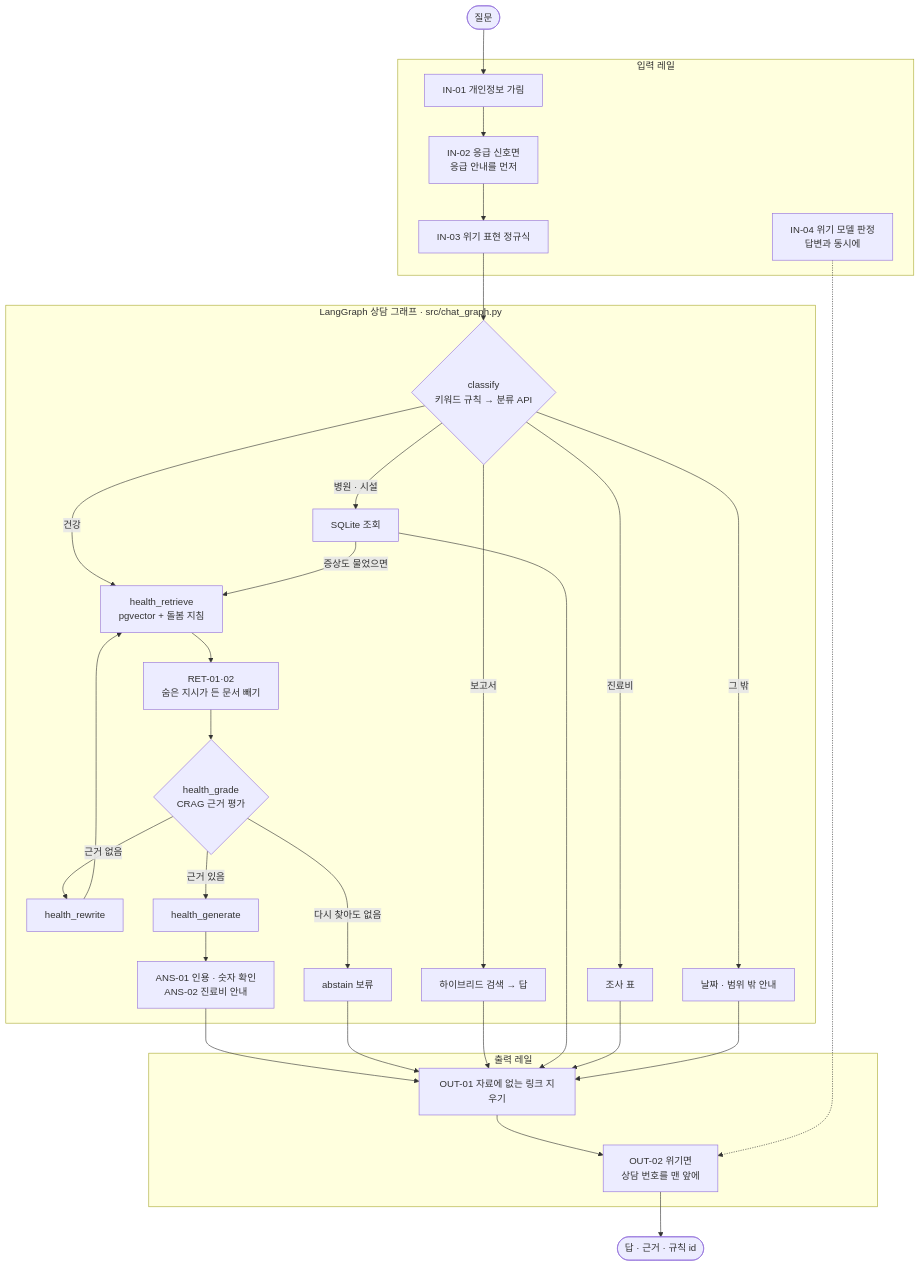
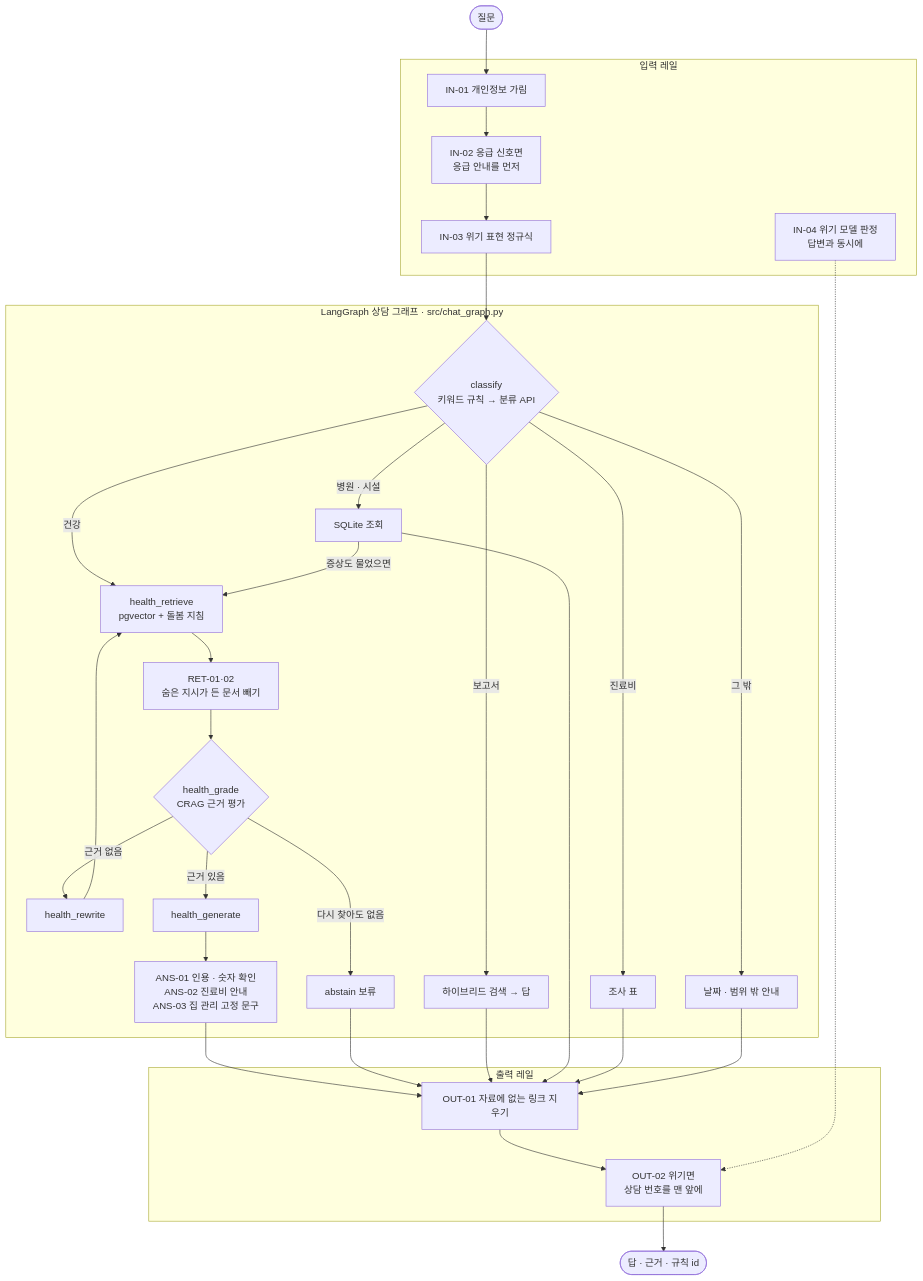
The second of 2 diagrams in README.md (rndigkwk/dograg), drawn with Mermaid before and after one commit. The commit also changed 6 other files, not shown here.

````diff
--- a/README.md
+++ b/README.md
@@ -86,37 +86,37 @@
 ```mermaid
 flowchart TB
   Q(["질문"]) --> IN1
   subgraph IN["입력 레일"]
     IN1["IN-01 개인정보 가림"] --> IN2["IN-02 응급 신호면<br/>응급 안내를 먼저"]
     IN2 --> IN3["IN-03 위기 표현 정규식"]
     IN4["IN-04 위기 모델 판정<br/>답변과 동시에"]
   end
   IN3 --> CL
   subgraph G["LangGraph 상담 그래프 · src/chat_graph.py"]
     CL{"classify<br/>키워드 규칙 → 분류 API"}
     CL -->|"건강"| HR["health_retrieve<br/>pgvector + 돌봄 지침"]
     HR --> RET["RET-01·02<br/>숨은 지시가 든 문서 빼기"]
     RET --> HG{"health_grade<br/>CRAG 근거 평가"}
     HG -->|"근거 없음"| RW["health_rewrite"]
     RW --> HR
     HG -->|"근거 있음"| GEN["health_generate"]
     HG -->|"다시 찾아도 없음"| AB["abstain 보류"]
-    GEN --> ANS["ANS-01 인용 · 숫자 확인<br/>ANS-02 진료비 안내"]
+    GEN --> ANS["ANS-01 인용 · 숫자 확인<br/>ANS-02 진료비 안내<br/>ANS-03 집 관리 고정 문구"]
     CL -->|"보고서"| RP["하이브리드 검색 → 답"]
     CL -->|"병원 · 시설"| HOS["SQLite 조회"]
     HOS -->|"증상도 물었으면"| HR
     CL -->|"진료비"| FEE["조사 표"]
     CL -->|"그 밖"| GN["날짜 · 범위 밖 안내"]
   end
   subgraph OUT["출력 레일"]
     O1["OUT-01 자료에 없는 링크 지우기"] --> O2["OUT-02 위기면<br/>상담 번호를 맨 앞에"]
   end
   ANS --> O1
   AB --> O1
   RP --> O1
   HOS --> O1
   FEE --> O1
   GN --> O1
   IN4 -.-> O2
   O2 --> R(["답 · 근거 · 규칙 id"])
 ```
````
